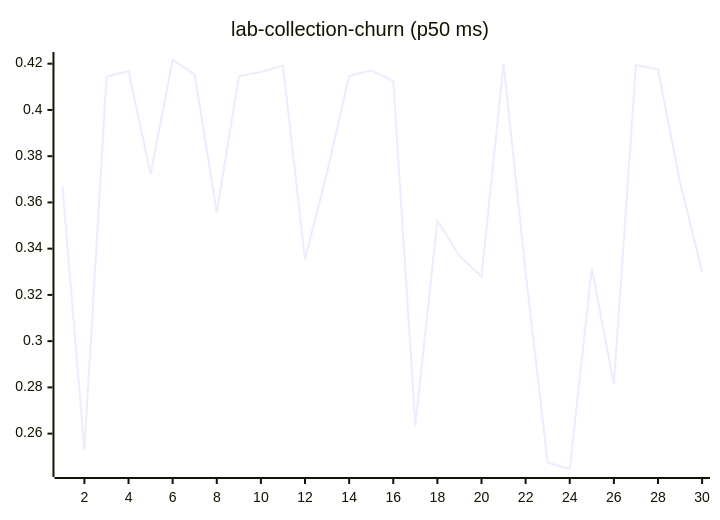
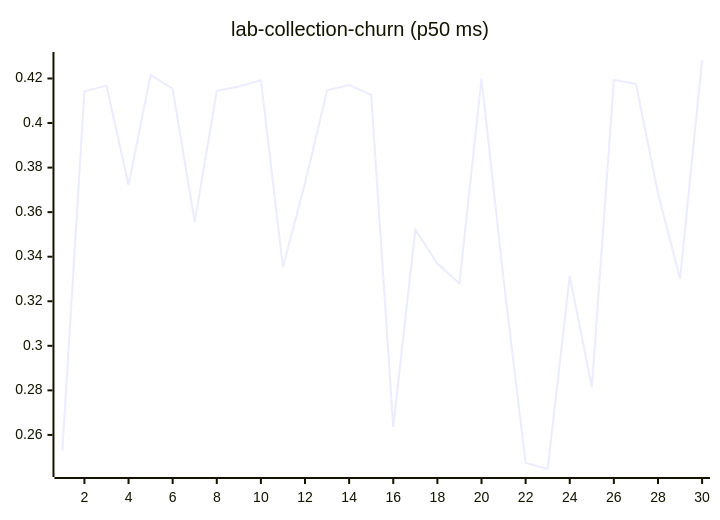
Before and after one commit to josha/Facet: diagram 11 of 27 in README.md, drawn with Mermaid. The commit also changed other lines of this file and 2 other files, not shown here.

````diff
--- a/README.md
+++ b/README.md
@@ -133,6 +133,6 @@
 ```mermaid
 xychart-beta
     title "lab-collection-churn (p50 ms)"
     x-axis 1 --> 30
-    line [0.3675, 0.2530, 0.4143, 0.4168, 0.3722, 0.4216, 0.4154, 0.3556, 0.4145, 0.4164, 0.4192, 0.3354, 0.3730, 0.4147, 0.4171, 0.4126, 0.2636, 0.3521, 0.3369, 0.3280, 0.4200, 0.3297, 0.2474, 0.2447, 0.3314, 0.2814, 0.4194, 0.4176, 0.3686, 0.3301]
+    line [0.2530, 0.4143, 0.4168, 0.3722, 0.4216, 0.4154, 0.3556, 0.4145, 0.4164, 0.4192, 0.3354, 0.3730, 0.4147, 0.4171, 0.4126, 0.2636, 0.3521, 0.3369, 0.3280, 0.4200, 0.3297, 0.2474, 0.2447, 0.3314, 0.2814, 0.4194, 0.4176, 0.3686, 0.3301, 0.4283]
 ```
````
